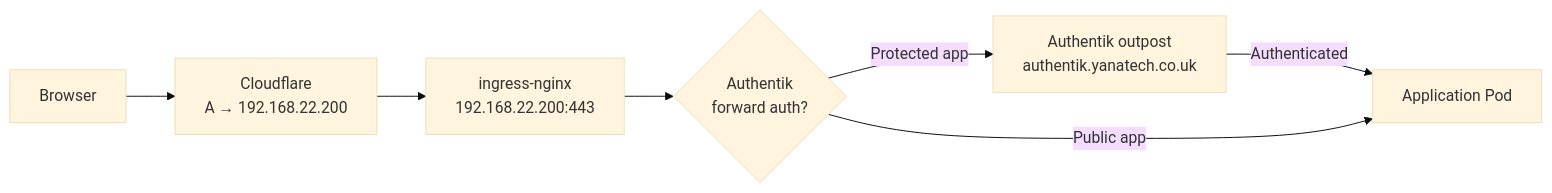
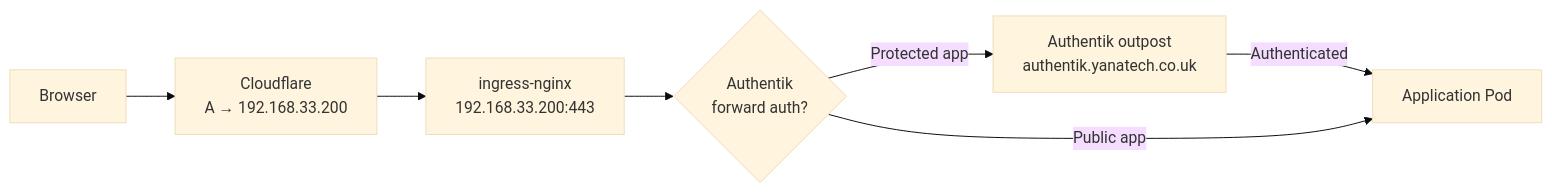
Before and after one commit to akann/k8s-apps: the third of 12 diagrams in README.md, drawn with Mermaid (base theme). The commit also changed other lines of this file and 2 other files, not shown here.

````diff
--- a/README.md
+++ b/README.md
@@ -202,9 +202,9 @@
 ```mermaid
 graph LR
-    Browser --> CF["Cloudflare<br/>A → 192.168.22.200"]
-    CF --> NX["ingress-nginx<br/>192.168.22.200:443"]
+    Browser --> CF["Cloudflare<br/>A → 192.168.33.200"]
+    CF --> NX["ingress-nginx<br/>192.168.33.200:443"]
     NX --> Auth{"Authentik<br/>forward auth?"}
     Auth -->|"Protected app"| AK["Authentik outpost<br/>authentik.yanatech.co.uk"]
     AK -->|"Authenticated"| App["Application Pod"]
     Auth -->|"Public app"| App
 ```
````
